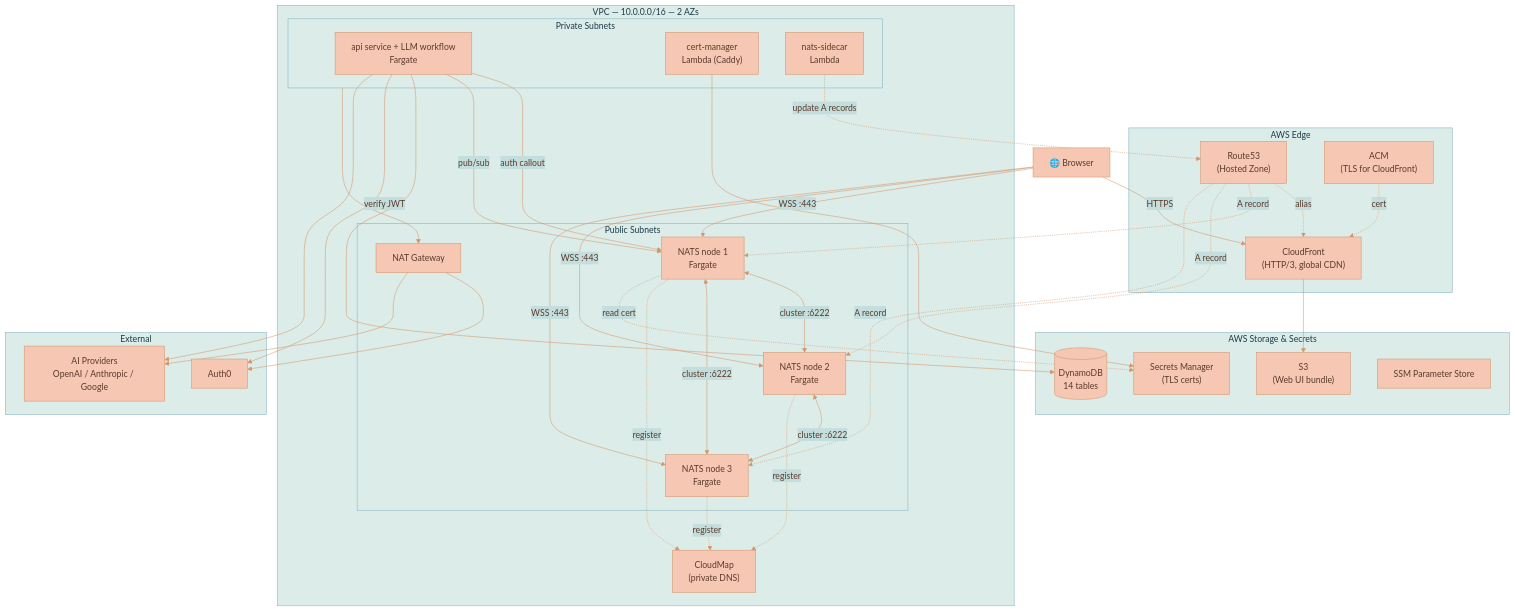
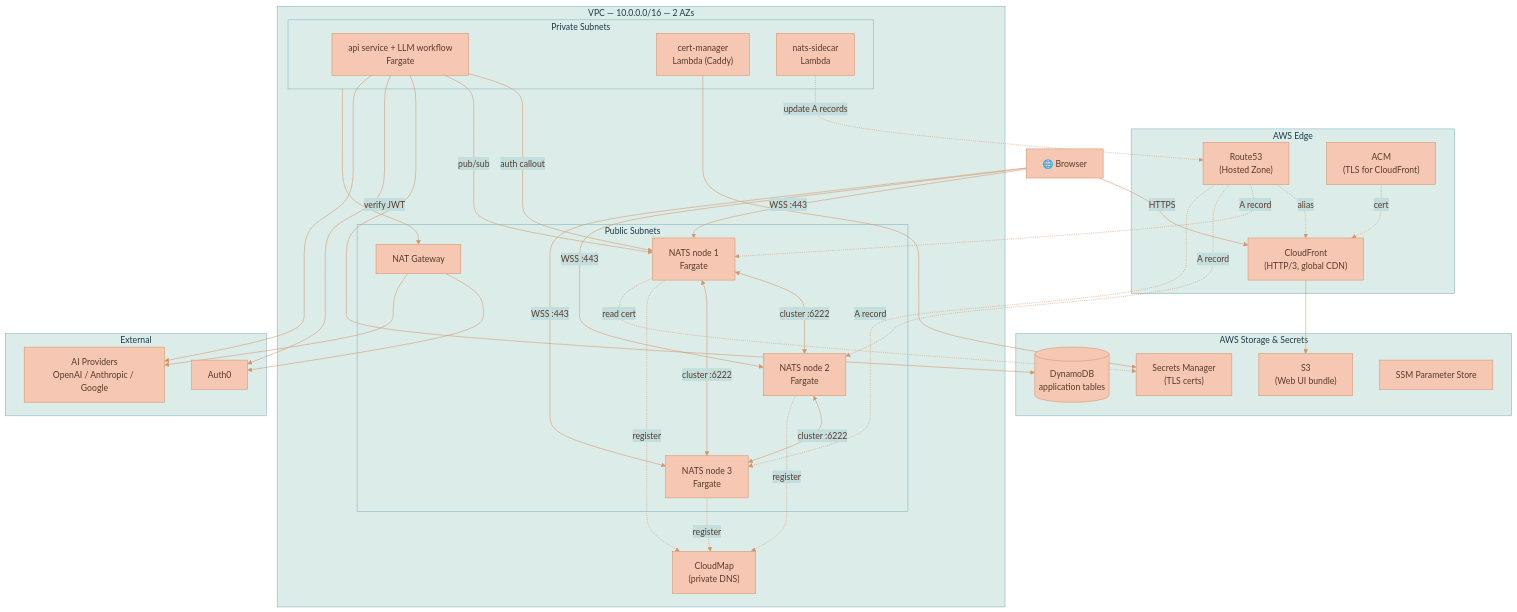
One commit to Lixpi/lixpi changed the first of 5 diagrams in documentation/platform/deployment/INFRASTRUCTURE-OVERVIEW.md. Above: the diagram before and after it, drawn with Mermaid. The commit also changed other lines of this file and 46 other files, not shown here.

````diff
--- a/documentation/platform/deployment/INFRASTRUCTURE-OVERVIEW.md
+++ b/documentation/platform/deployment/INFRASTRUCTURE-OVERVIEW.md
@@ -30,73 +30,73 @@
 ```mermaid
 %%{init: {'theme': 'base', 'themeVariables': { 'primaryColor': '#F6C7B3', 'primaryTextColor': '#5a3a2a', 'primaryBorderColor': '#d4956a', 'secondaryColor': '#C3DEDD', 'secondaryTextColor': '#1a3a47', 'secondaryBorderColor': '#4a8a9d', 'tertiaryColor': '#DCECE9', 'tertiaryTextColor': '#1a3a47', 'tertiaryBorderColor': '#82B2C0', 'lineColor': '#d4956a', 'textColor': '#5a3a2a'}}}%%
 flowchart TB
     Browser["🌐 Browser"]
 
     subgraph Edge["AWS Edge"]
         CF["CloudFront<br/>(HTTP/3, global CDN)"]
         R53["Route53<br/>(Hosted Zone)"]
         ACM["ACM<br/>(TLS for CloudFront)"]
     end
 
     subgraph VPC["VPC — 10.0.0.0/16 — 2 AZs"]
         subgraph Public["Public Subnets"]
             NATS1["NATS node 1<br/>Fargate"]
             NATS2["NATS node 2<br/>Fargate"]
             NATS3["NATS node 3<br/>Fargate"]
             NAT["NAT Gateway"]
         end
 
         subgraph Private["Private Subnets"]
             API["api service + LLM workflow<br/>Fargate"]
             CertLambda["cert-manager<br/>Lambda (Caddy)"]
             Sidecar["nats-sidecar<br/>Lambda"]
         end
 
         CM["CloudMap<br/>(private DNS)"]
     end
 
     subgraph Storage["AWS Storage & Secrets"]
         S3["S3<br/>(Web UI bundle)"]
-        DDB[("DynamoDB<br/>14 tables")]
+        DDB[("DynamoDB<br/>application tables")]
         SM["Secrets Manager<br/>(TLS certs)"]
         SSM["SSM Parameter Store"]
     end
 
     subgraph External["External"]
         Auth0["Auth0"]
         AIProv["AI Providers<br/>OpenAI / Anthropic / Google"]
     end
 
     Browser -->|HTTPS| CF
     CF --> S3
     R53 -.->|alias| CF
     ACM -.->|cert| CF
 
     Browser -->|WSS :443| NATS1
     Browser -->|WSS :443| NATS2
     Browser -->|WSS :443| NATS3
     R53 -.->|A record| NATS1
     R53 -.->|A record| NATS2
     R53 -.->|A record| NATS3
 
     NATS1 <-->|cluster :6222| NATS2
     NATS2 <-->|cluster :6222| NATS3
     NATS1 <-->|cluster :6222| NATS3
     NATS1 -.->|register| CM
     NATS2 -.->|register| CM
     NATS3 -.->|register| CM
 
     API -->|auth callout| NATS1
     API -->|pub/sub| NATS1
     API --> DDB
     API -->|verify JWT| Auth0
     API --> AIProv
 
     CertLambda --> SM
     NATS1 -.->|read cert| SM
     Sidecar -.->|update A records| R53
 
     Private --> NAT
     NAT --> Auth0
     NAT --> AIProv
 ```
````
